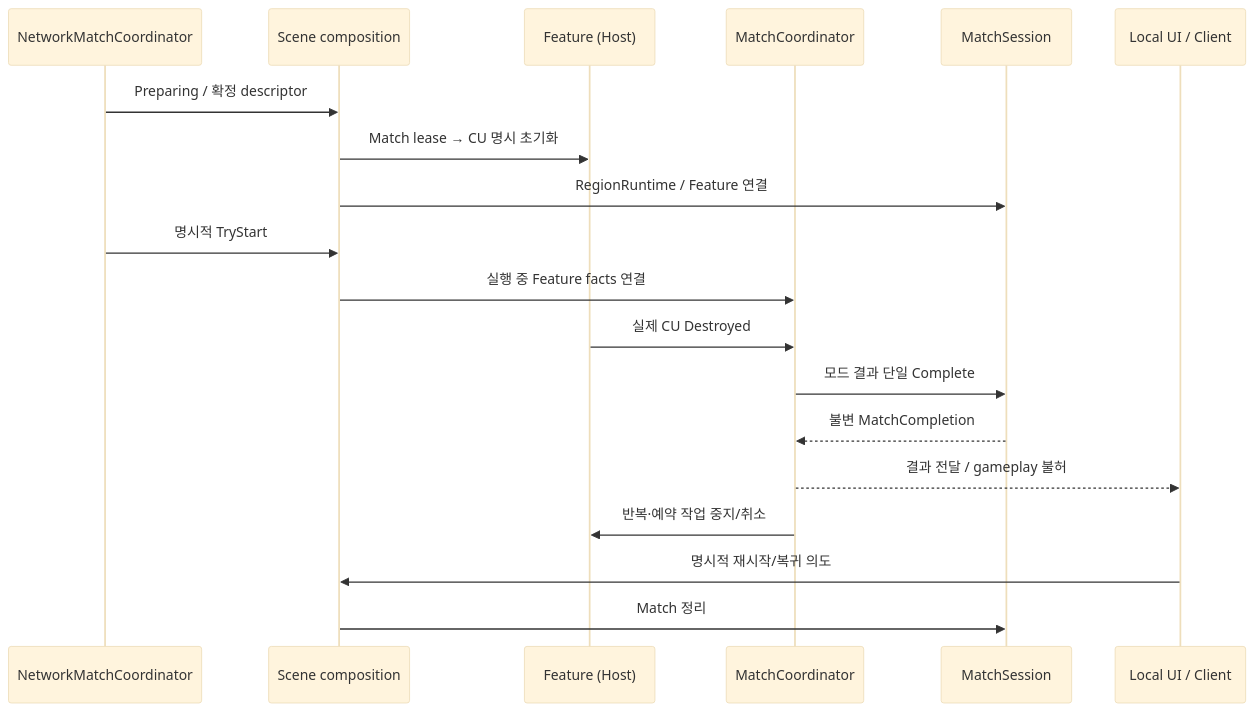
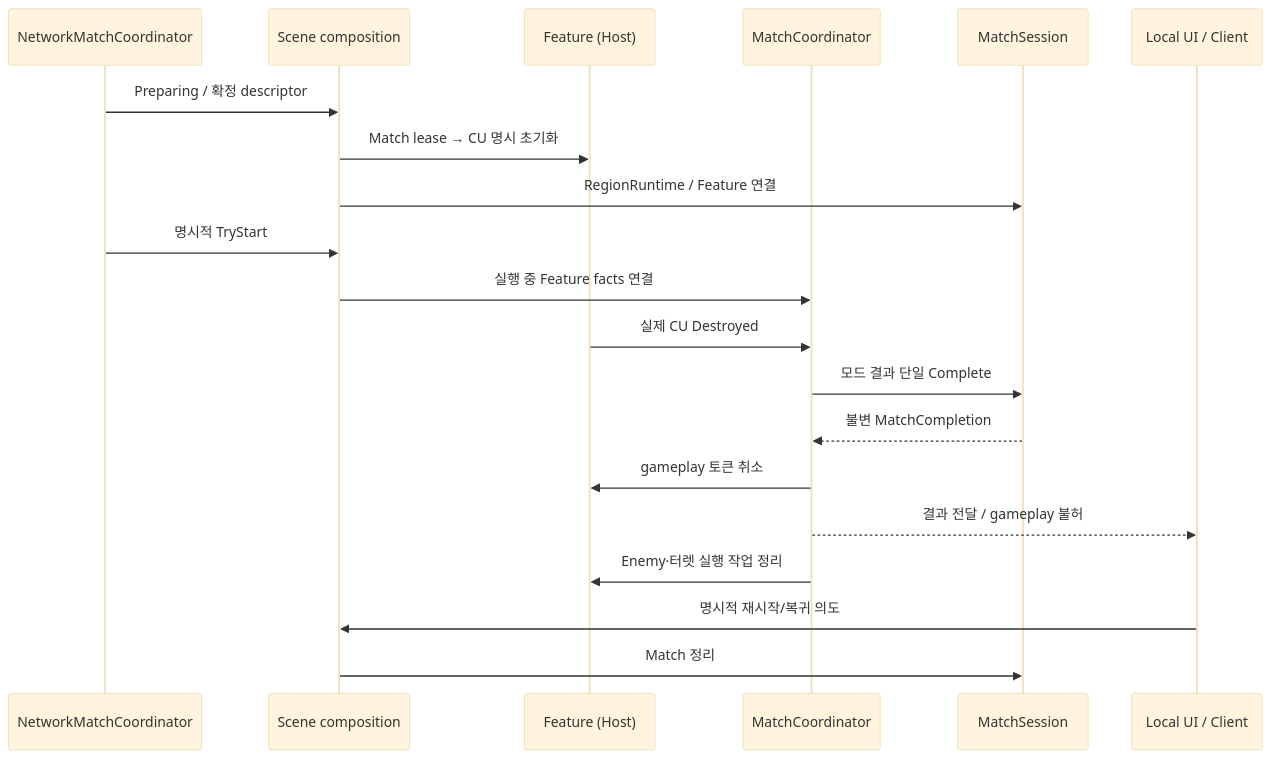
One commit to Team-HJD-21/unity-6-the-developer changed the diagram in Docs/architecture/match-management-responsibilities.md. Above: the diagram before and after it, drawn with Mermaid (base theme). The commit also changed other lines of this file and 25 other files, not shown here.

````diff
--- a/Docs/architecture/match-management-responsibilities.md
+++ b/Docs/architecture/match-management-responsibilities.md
@@ -36,21 +36,22 @@
 ```mermaid
 sequenceDiagram
     participant N as NetworkMatchCoordinator
     participant S as Scene composition
     participant F as Feature (Host)
     participant C as MatchCoordinator
     participant M as MatchSession
     participant U as Local UI / Client
     N->>S: Preparing / 확정 descriptor
     S->>F: Match lease → CU 명시 초기화
     S->>M: RegionRuntime / Feature 연결
     N->>S: 명시적 TryStart
     S->>C: 실행 중 Feature facts 연결
     F->>C: 실제 CU Destroyed
     C->>M: 모드 결과 단일 Complete
     M-->>C: 불변 MatchCompletion
+    C->>F: gameplay 토큰 취소
     C-->>U: 결과 전달 / gameplay 불허
-    C->>F: 반복·예약 작업 중지/취소
+    C->>F: Enemy·터렛 실행 작업 정리
     U->>S: 명시적 재시작/복귀 의도
     S->>M: Match 정리
 ```
````
